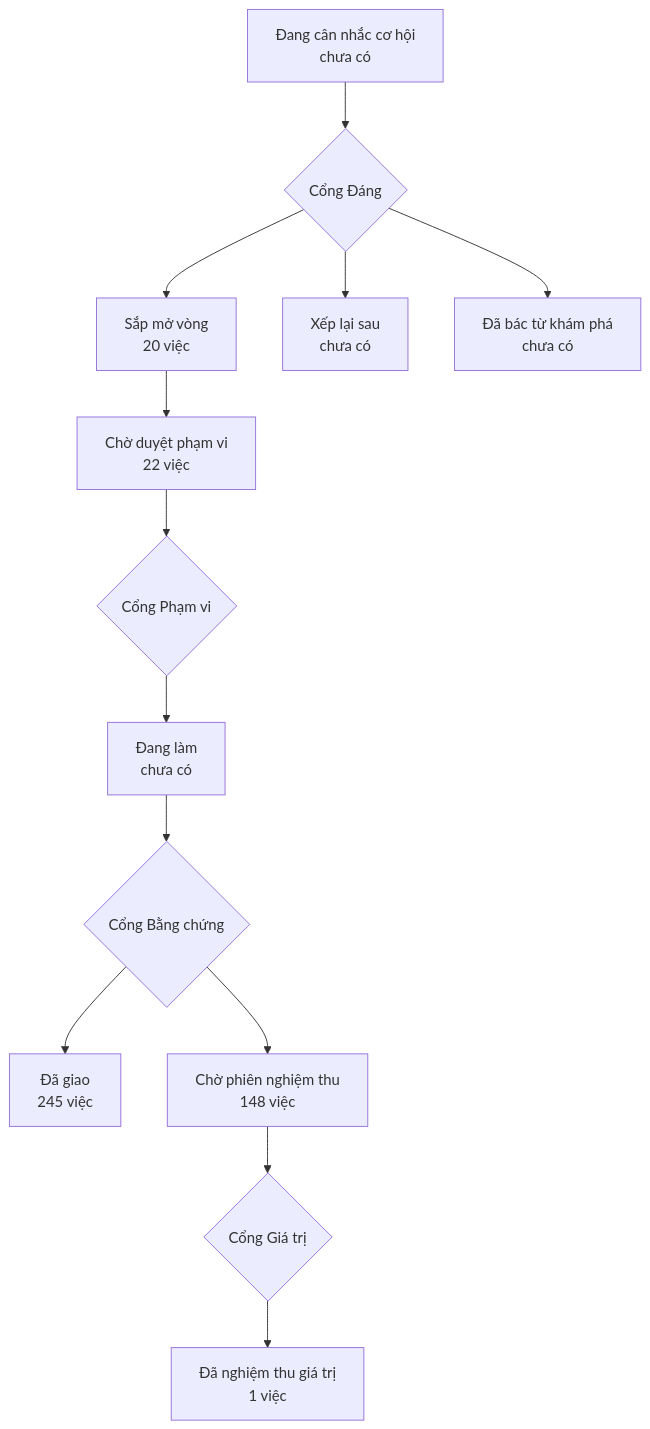
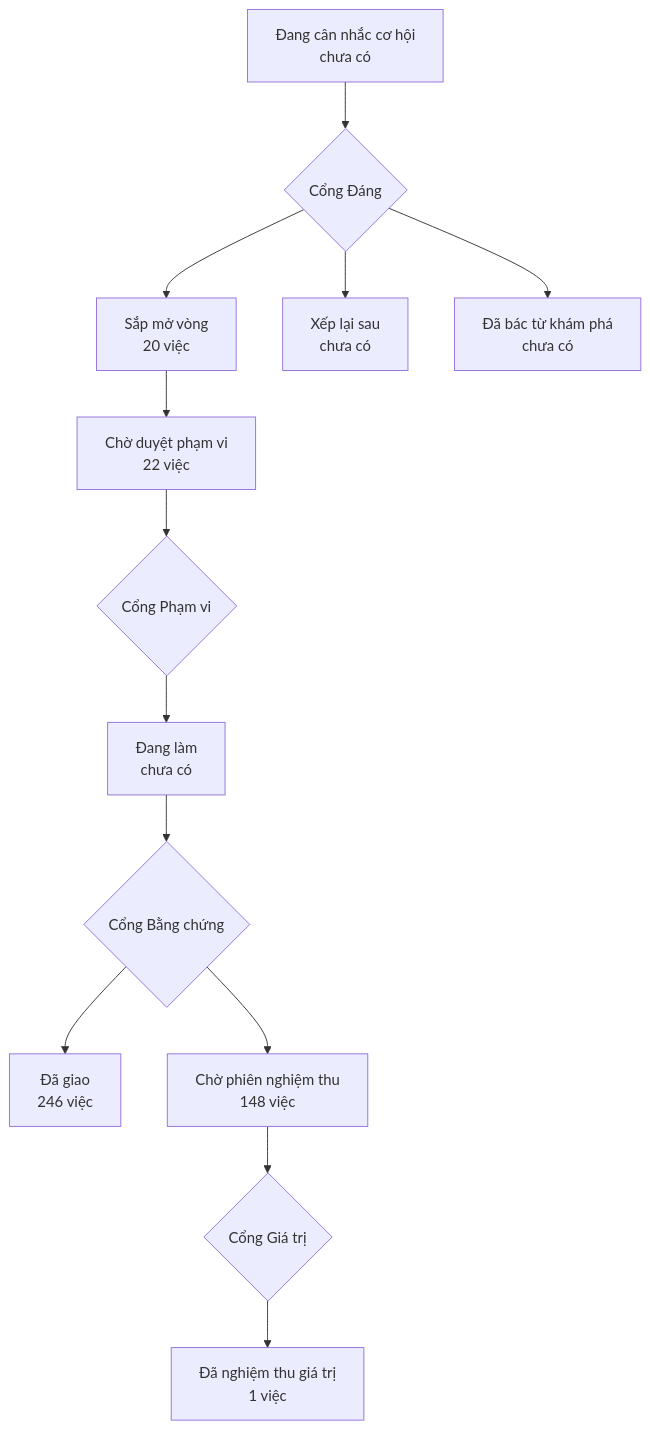
One commit to phanlemanh/onehub-invest changed the diagram in PRODUCT-MAP.md. Above: the diagram before and after it, drawn with Mermaid. The commit also changed other lines of this file and 30 other files, not shown here.

````diff
--- a/PRODUCT-MAP.md
+++ b/PRODUCT-MAP.md
@@ -7,12 +7,12 @@
 ```mermaid
 flowchart TD
   A["Đang cân nhắc cơ hội<br/>chưa có"] --> GD{"Cổng Đáng"}
   GD --> B["Sắp mở vòng<br/>20 việc"]
   GD --> XL["Xếp lại sau<br/>chưa có"]
   GD --> DB["Đã bác từ khám phá<br/>chưa có"]
   B --> CD["Chờ duyệt phạm vi<br/>22 việc"] --> GP{"Cổng Phạm vi"}
   GP --> DL["Đang làm<br/>chưa có"] --> GB{"Cổng Bằng chứng"}
-  GB --> DG["Đã giao<br/>245 việc"]
+  GB --> DG["Đã giao<br/>246 việc"]
   GB --> CN["Chờ phiên nghiệm thu<br/>148 việc"] --> GG{"Cổng Giá trị"}
   GG --> NT["Đã nghiệm thu giá trị<br/>1 việc"]
 ```
````
